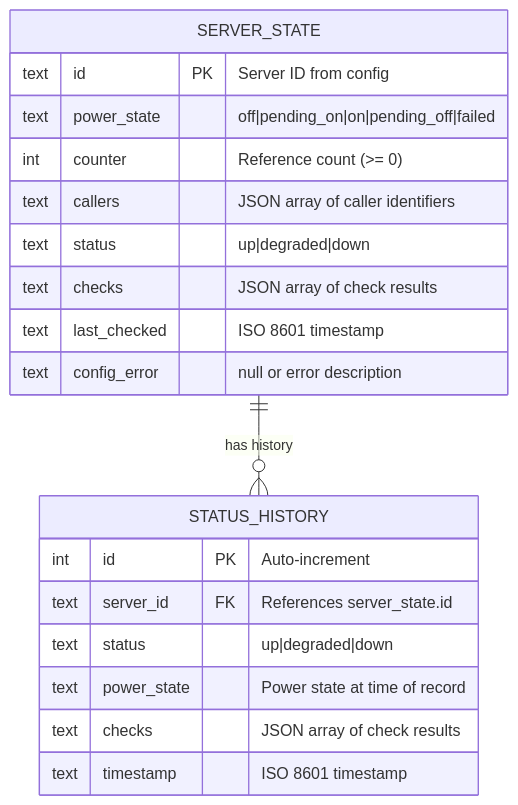
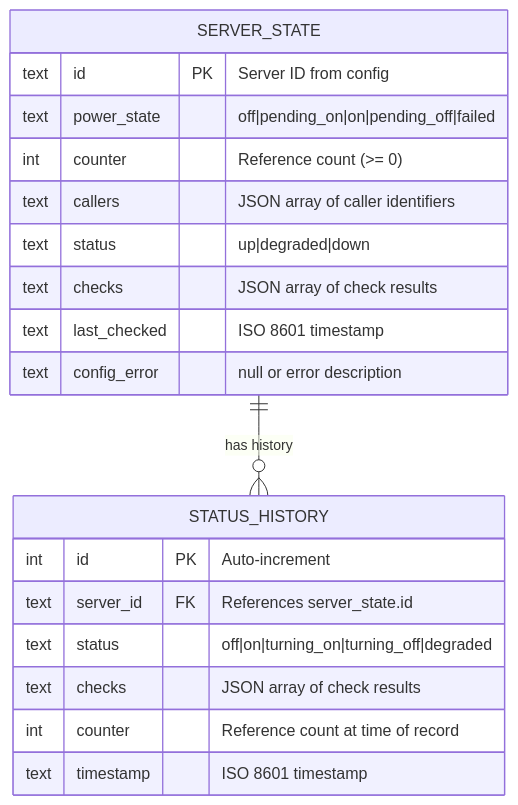
Before and after one commit to thomfab/servmgr: the first of 2 diagrams in docs/data-model.md, drawn with Mermaid. The commit also changed other lines of this file and 2 other files, not shown here.

Commit message:
fix: merge segments in history graph to fix 1-day view always grey
With 2880 polling ticks over 24h and min-width:2px per segment, the bar
overflowed its container and the recent (green/on) segments were clipped.
Fix by merging consecutive same-status entries before rendering so the bar
has ~5-10 segments regardless of polling frequency.

Also remove min-width from .seg CSS (no longer needed with merged segments)
and update docs/spec to remove power_state from status_history (already
removed from DB in the previous commit) and document the display status
model correctly.

Claude-Session: https://claude.ai/code/session_016Pc21PnArFP9Kejf4iTFyA

````diff
--- a/docs/data-model.md
+++ b/docs/data-model.md
@@ -9,24 +9,24 @@
 ```mermaid
 erDiagram
     SERVER_STATE {
         text id PK "Server ID from config"
         text power_state "off|pending_on|on|pending_off|failed"
         int counter "Reference count (>= 0)"
         text callers "JSON array of caller identifiers"
         text status "up|degraded|down"
         text checks "JSON array of check results"
         text last_checked "ISO 8601 timestamp"
         text config_error "null or error description"
     }
 
     STATUS_HISTORY {
         int id PK "Auto-increment"
         text server_id FK "References server_state.id"
-        text status "up|degraded|down"
-        text power_state "Power state at time of record"
+        text status "off|on|turning_on|turning_off|degraded"
         text checks "JSON array of check results"
+        int counter "Reference count at time of record"
         text timestamp "ISO 8601 timestamp"
     }
 
     SERVER_STATE ||--o{ STATUS_HISTORY : "has history"
 ```
````
